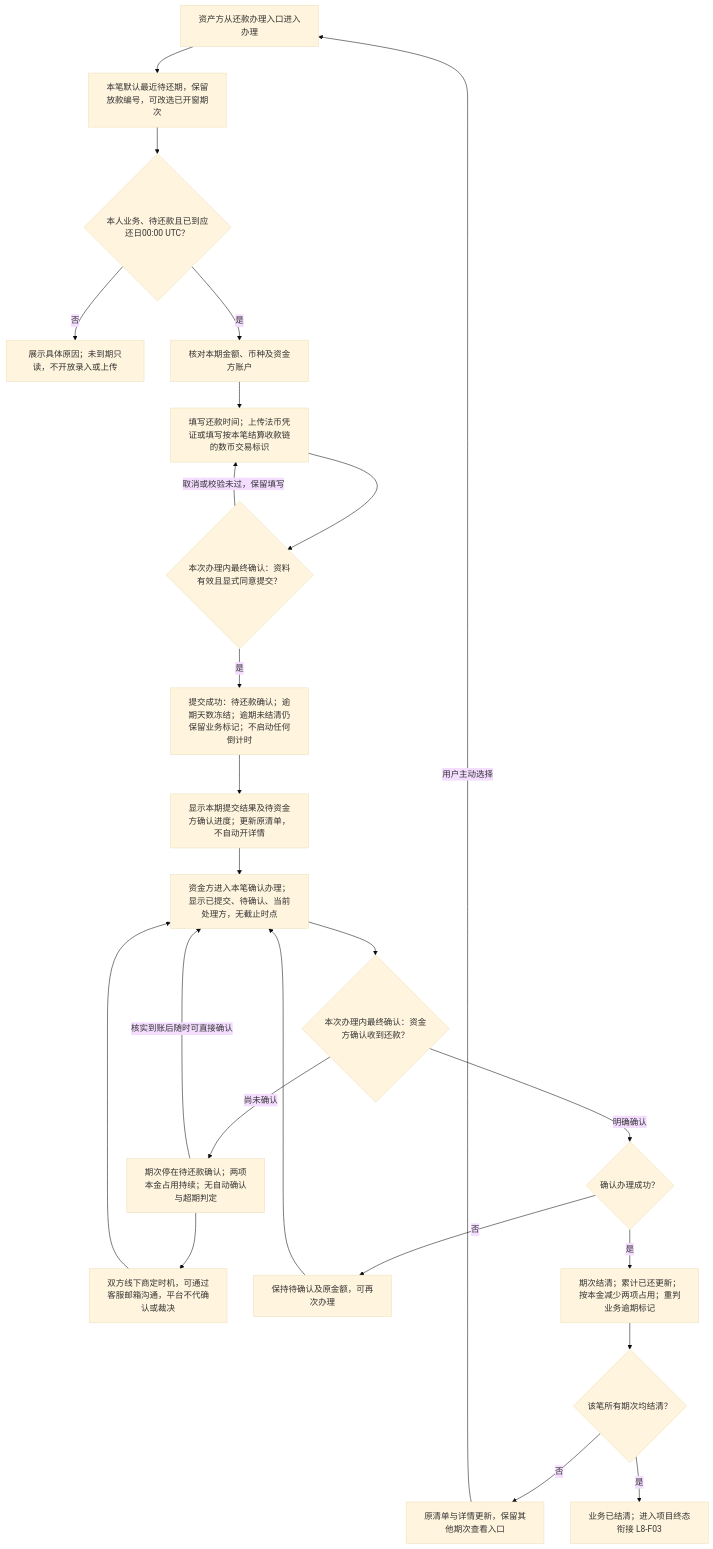
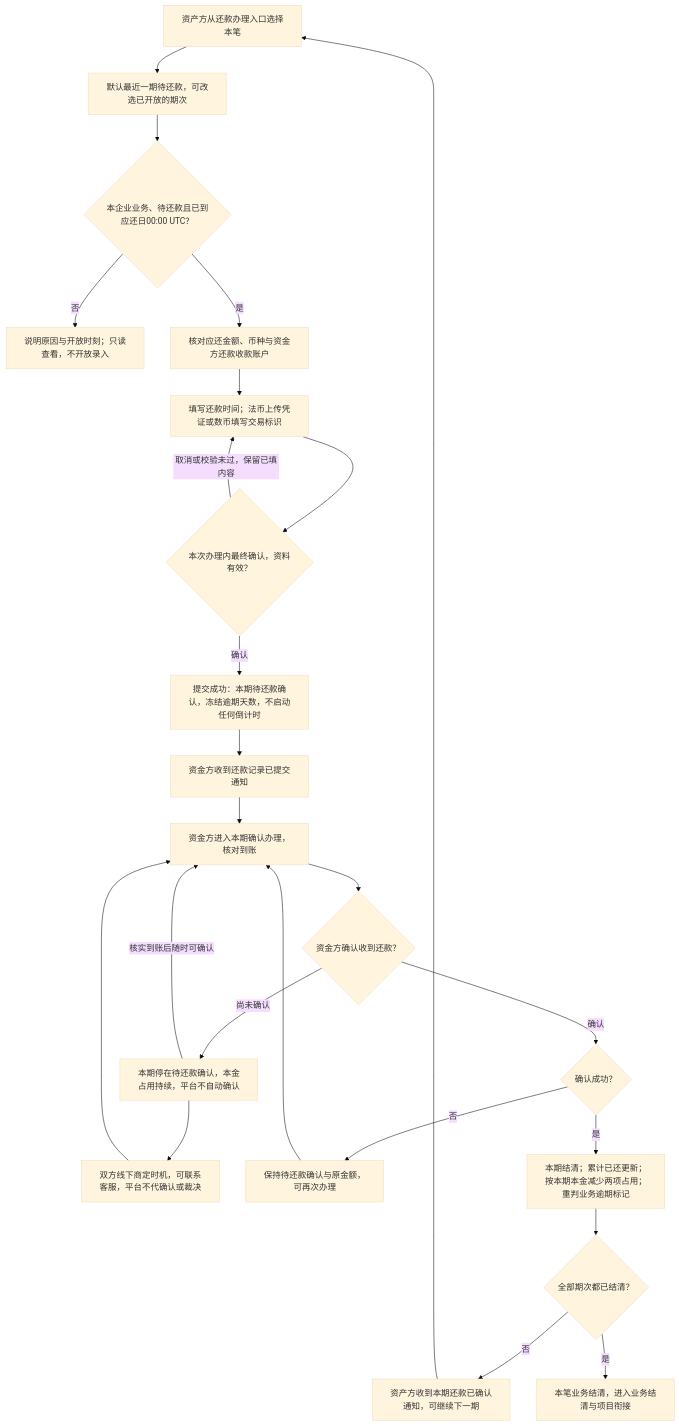
The second of 5 diagrams in lending-platform/PRD/面客端/08-借贷广场-还款计划与还款确认/02-还款计划与还款确认-流程图与状态机.md (wxblockchain/Chain-Financing), drawn with Mermaid (base theme) before and after one commit. The commit also changed other lines of this file and 6 other files, not shown here.

````diff
--- a/lending-platform/PRD/面客端/08-借贷广场-还款计划与还款确认/02-还款计划与还款确认-流程图与状态机.md
+++ b/lending-platform/PRD/面客端/08-借贷广场-还款计划与还款确认/02-还款计划与还款确认-流程图与状态机.md
@@ -49,26 +46,26 @@
 ```mermaid
 flowchart TD
-  A[资产方从还款办理入口进入办理] --> B[本笔默认最近待还期，保留放款编号，可改选已开窗期次]
-  B --> C{本人业务、待还款且已到应还日00:00 UTC？}
-  C -->|否| D[展示具体原因；未到期只读，不开放录入或上传]
-  C -->|是| E[核对本期金额、币种及资金方账户]
-  E --> F[填写还款时间；上传法币凭证或填写按本笔结算收款链的数币交易标识]
-  F --> G{本次办理内最终确认：资料有效且显式同意提交？}
-  G -->|取消或校验未过，保留填写| F
-  G -->|是| H[提交成功：待还款确认；逾期天数冻结；逾期未结清仍保留业务标记；不启动任何倒计时]
-  H --> T[显示本期提交结果及待资金方确认进度；更新原清单，不自动开详情]
-  T --> I[资金方进入本笔确认办理；显示已提交、待确认、当前处理方，无截止时点]
-  I --> J{本次办理内最终确认：资金方确认收到还款？}
-  J -->|尚未确认| L[期次停在待还款确认；两项本金占用持续；无自动确认与超期判定]
-  L --> M[双方线下商定时机，可通过客服邮箱沟通，平台不代确认或裁决]
-  L -->|核实到账后随时可直接确认| I
+  A[资产方从还款办理入口选择本笔] --> B[默认最近一期待还款，可改选已开放的期次]
+  B --> C{本企业业务、待还款且已到应还日00:00 UTC？}
+  C -->|否| D[说明原因与开放时刻；只读查看，不开放录入]
+  C -->|是| E[核对应还金额、币种与资金方还款收款账户]
+  E --> F[填写还款时间；法币上传凭证或数币填写交易标识]
+  F --> G{本次办理内最终确认，资料有效？}
+  G -->|取消或校验未过，保留已填内容| F
+  G -->|确认| H[提交成功：本期待还款确认，冻结逾期天数，不启动任何倒计时]
+  H --> T[资金方收到还款记录已提交通知]
+  T --> I[资金方进入本期确认办理，核对到账]
+  I --> J{资金方确认收到还款？}
+  J -->|尚未确认| L[本期停在待还款确认，本金占用持续，平台不自动确认]
+  L --> M[双方线下商定时机，可联系客服，平台不代确认或裁决]
   M --> I
-  J -->|明确确认| N{确认办理成功？}
-  N -->|否| O[保持待确认及原金额，可再次办理]
+  L -->|核实到账后随时可确认| I
+  J -->|确认| K{确认成功？}
+  K -->|否| O[保持待还款确认与原金额，可再次办理]
   O --> I
-  N -->|是| P[期次结清；累计已还更新；按本金减少两项占用；重判业务逾期标记]
-  P --> Q{该笔所有期次均结清？}
-  Q -->|否| R[原清单与详情更新，保留其他期次查看入口]
-  R -->|用户主动选择| A
-  Q -->|是| S[业务已结清；进入项目终态衔接 L8-F03]
+  K -->|是| P[本期结清；累计已还更新；按本期本金减少两项占用；重判业务逾期标记]
+  P --> Q{全部期次都已结清？}
+  Q -->|否| R[资产方收到本期还款已确认通知，可继续下一期]
+  R --> A
+  Q -->|是| S[本笔业务结清，进入业务结清与项目衔接]
 ```
````
